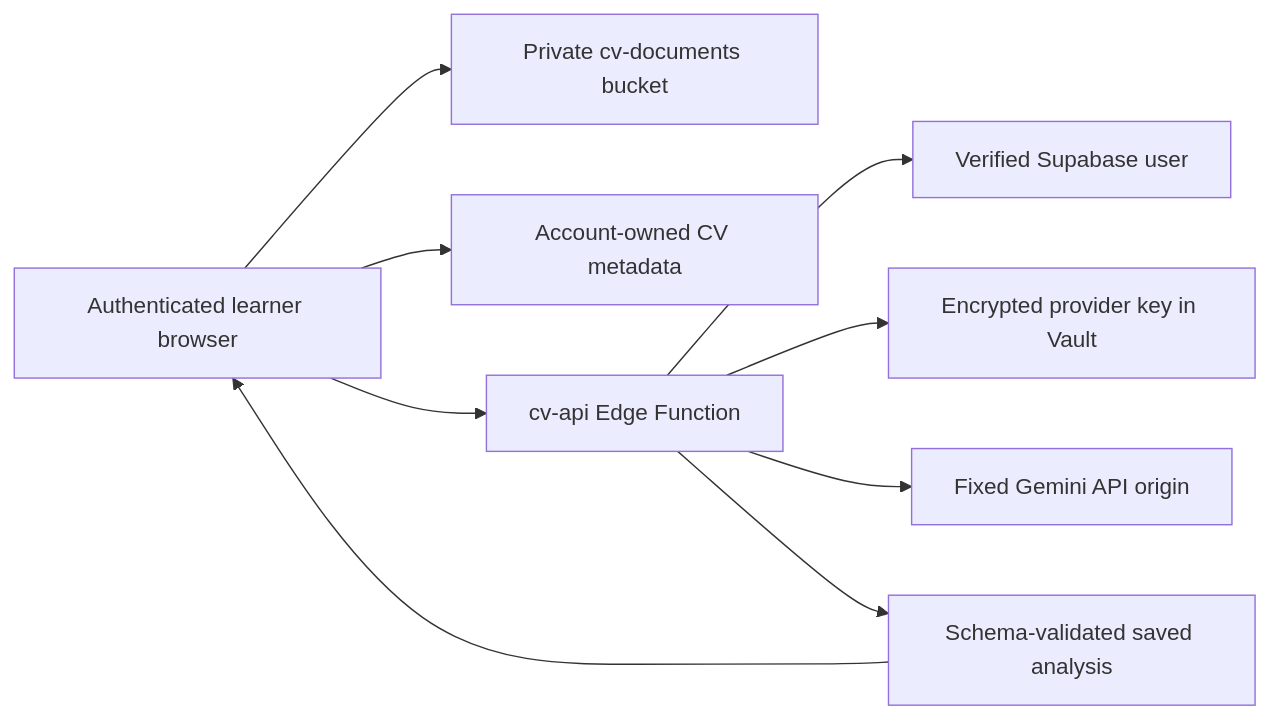
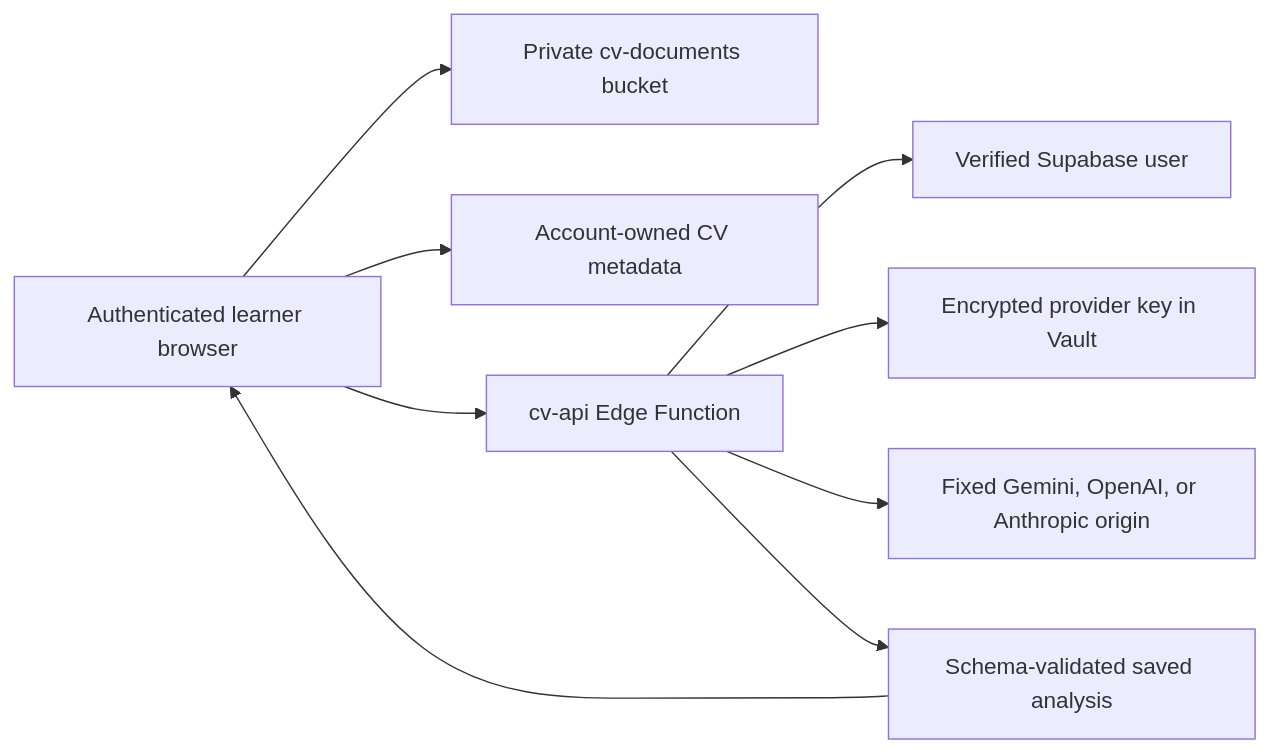
One commit to akshatporwal002/ai-engineering-from-scratch changed the diagram in docs/CODEOLOGY_CV_ANALYSIS_MIGRATION.md. Above: the diagram before and after it, drawn with Mermaid. The commit also changed other lines of this file and 8 other files, not shown here.

````diff
--- a/docs/CODEOLOGY_CV_ANALYSIS_MIGRATION.md
+++ b/docs/CODEOLOGY_CV_ANALYSIS_MIGRATION.md
@@ -31,11 +31,11 @@
 ```mermaid
 flowchart LR
   Browser["Authenticated learner browser"] --> Storage["Private cv-documents bucket"]
   Browser --> RLS["Account-owned CV metadata"]
   Browser --> Edge["cv-api Edge Function"]
   Edge --> Auth["Verified Supabase user"]
   Edge --> Vault["Encrypted provider key in Vault"]
-  Edge --> Gemini["Fixed Gemini API origin"]
+  Edge --> Provider["Fixed Gemini, OpenAI, or Anthropic origin"]
   Edge --> Analysis["Schema-validated saved analysis"]
   Analysis --> Browser
 ```
````
